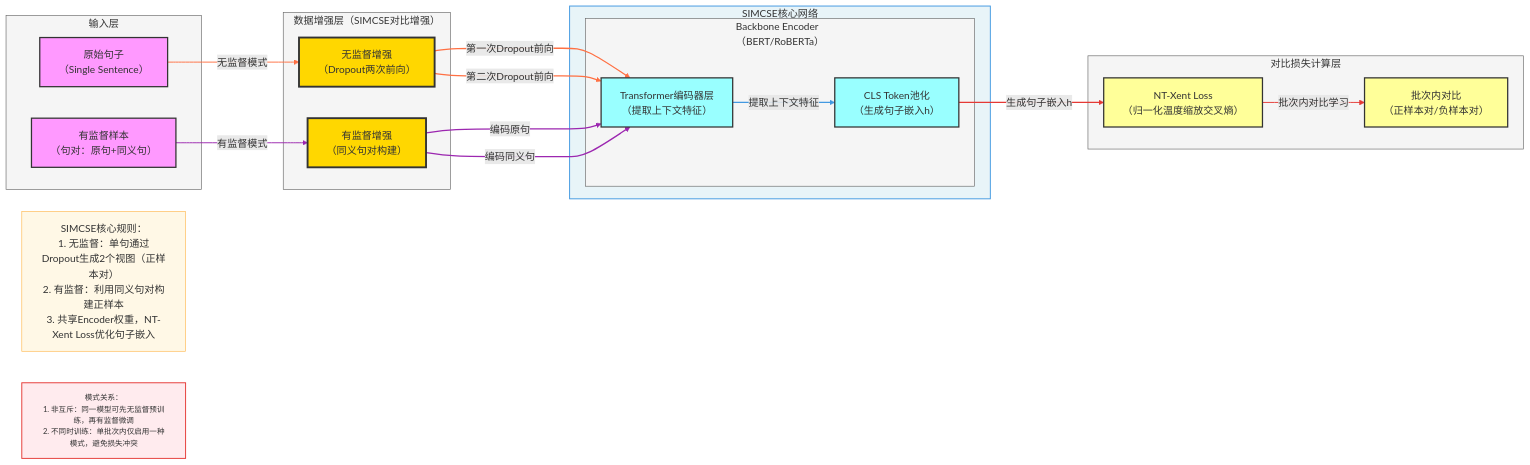
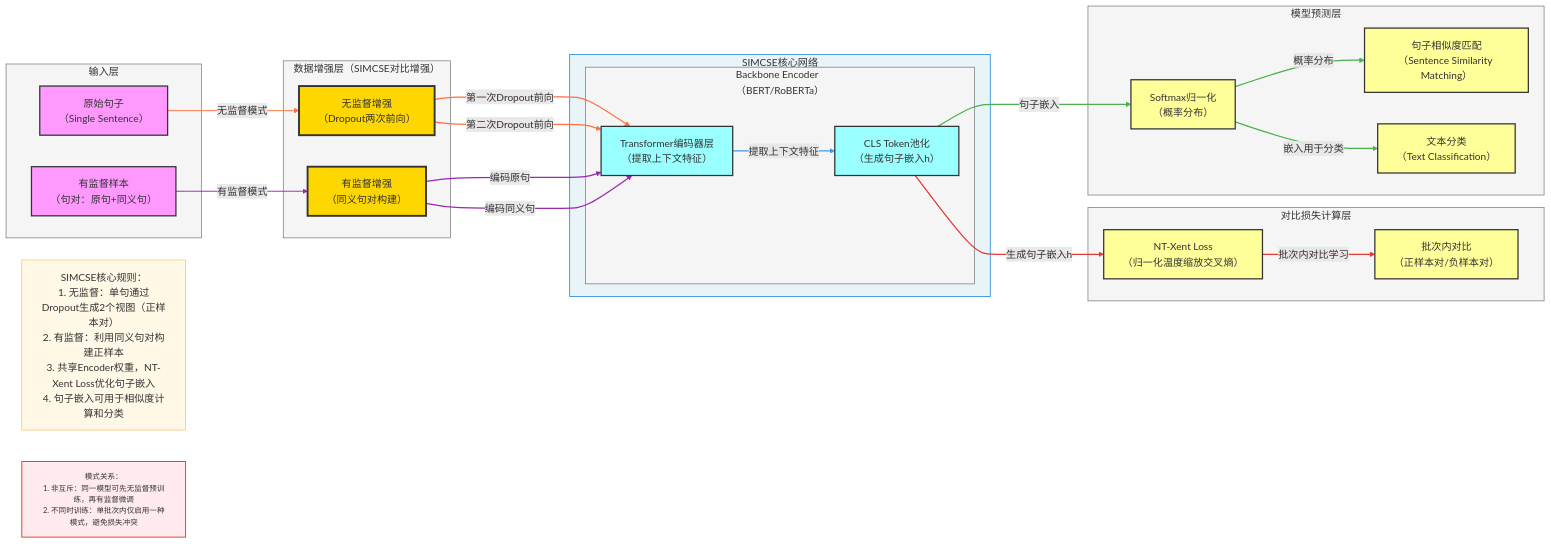
The second of 3 diagrams in CLIP/1.模型架构图.md (amuqiao/AI-Engineering-Knowledge-Base), drawn with Mermaid before and after one commit. The commit also changed other lines of this file and 6 other files, not shown here.

````diff
--- a/CLIP/1.模型架构图.md
+++ b/CLIP/1.模型架构图.md
@@ -123,8 +136,16 @@
     end
     class lossLayer subgraphStyle
 
+    %% 5. 模型预测层
+    subgraph predLayer["模型预测层"]
+        H[Softmax归一化<br/>（概率分布）]:::lossStyle
+        I[句子相似度匹配<br/>（Sentence Similarity Matching）]:::lossStyle
+        J[文本分类<br/>（Text Classification）]:::lossStyle
+    end
+    class predLayer subgraphStyle
+
     %% 核心规则注释（新增模式关系说明）
-    Note[SIMCSE核心规则：<br/>1. 无监督：单句通过Dropout生成2个视图（正样本对）<br/>2. 有监督：利用同义句对构建正样本<br/>3. 共享Encoder权重，NT-Xent Loss优化句子嵌入]:::ruleNoteStyle
+    Note[SIMCSE核心规则：<br/>1. 无监督：单句通过Dropout生成2个视图（正样本对）<br/>2. 有监督：利用同义句对构建正样本<br/>3. 共享Encoder权重，NT-Xent Loss优化句子嵌入<br/>4. 句子嵌入可用于相似度计算和分类]:::ruleNoteStyle
     ModeNote[模式关系：<br/>1. 非互斥：同一模型可先无监督预训练，再有监督微调<br/>2. 不同时训练：单批次内仅启用一种模式，避免损失冲突]:::modeNoteStyle
 
     %% 核心流转逻辑（分无监督/有监督分支，语义化标签）
@@ -143,12 +164,17 @@
     E -->|生成句子嵌入h| F
     F -->|批次内对比学习| G
 
-    %% 连接线统一样式（区分分支：无监督橙色，有监督紫色，编码层蓝色，损失层红色）
+    %% 模型预测流程
+    E -->|句子嵌入| H
+    H -->|概率分布| I
+    H -->|嵌入用于分类| J
+
+    %% 连接线统一样式（区分分支：无监督橙色，有监督紫色，编码层蓝色，损失层红色，预测绿色）
     linkStyle 0 stroke:#ff7043,stroke-width:1.5px,arrowheadStyle:filled
     linkStyle 1,2 stroke:#ff7043,stroke-width:2px,arrowheadStyle:filled
     linkStyle 3 stroke:#9c27b0,stroke-width:1.5px,arrowheadStyle:filled
     linkStyle 4,5 stroke:#9c27b0,stroke-width:2px,arrowheadStyle:filled
     linkStyle 6 stroke:#4299e1,stroke-width:2px,arrowheadStyle:filled
-    linkStyle 7 stroke:#e53935,stroke-width:2px,arrowheadStyle:filled
-    linkStyle 8 stroke:#e53935,stroke-width:1.5px,arrowheadStyle:filled
+    linkStyle 7,8 stroke:#e53935,stroke-width:2px,arrowheadStyle:filled
+    linkStyle 9,10,11 stroke:#4caf50,stroke-width:2px,arrowheadStyle:filled
 ```
````
